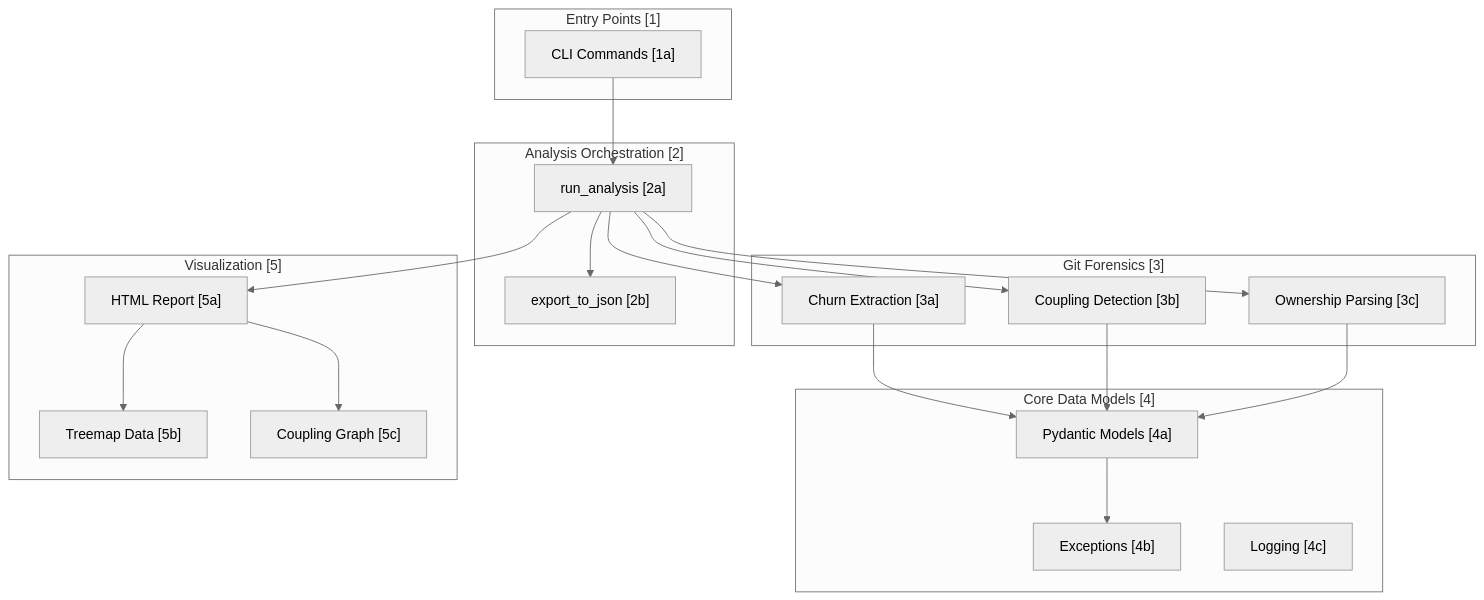
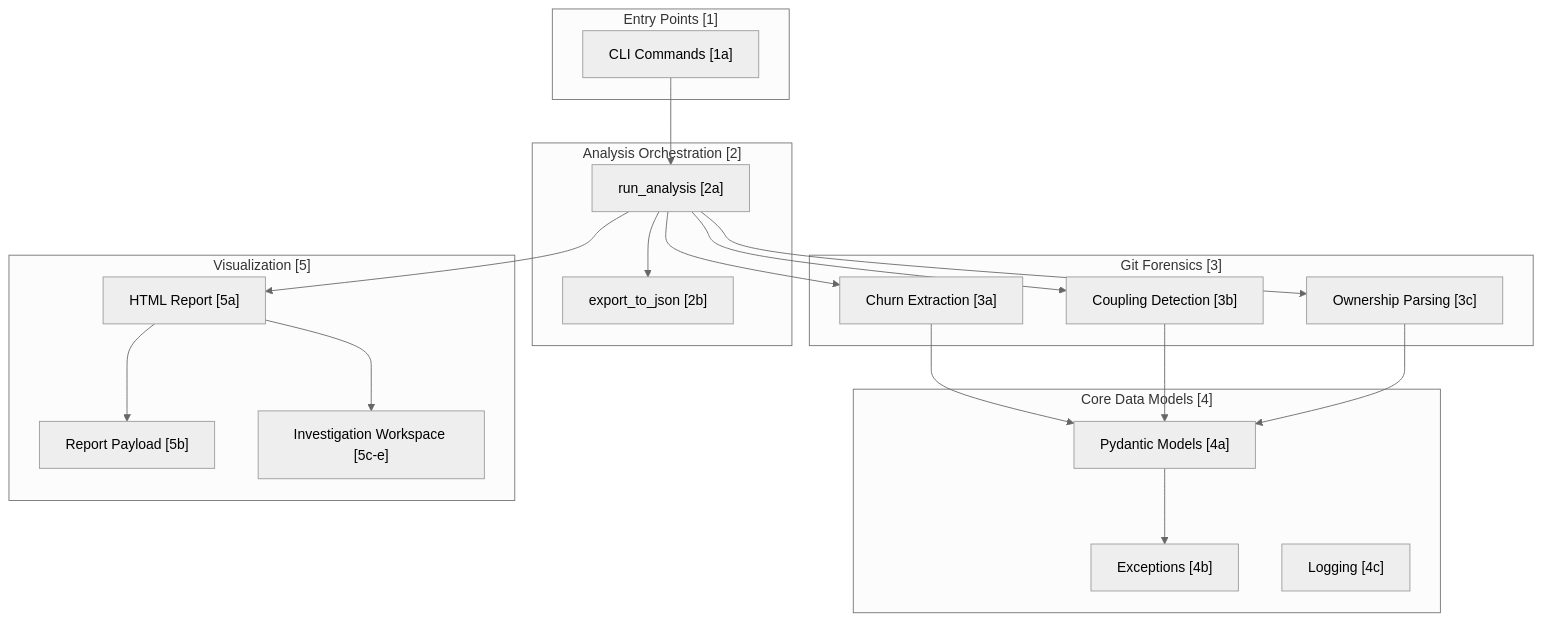
Before and after one commit to michael-denyer/black-box-unlock: the first of 5 diagrams in docs/CODEMAP.md, drawn with Mermaid (neutral theme). The commit also changed other lines of this file and 24 other files, not shown here.

Commit message:
feat: rebuild HTML report as offline investigation workspace

````diff
--- a/docs/CODEMAP.md
+++ b/docs/CODEMAP.md
@@ -7,42 +7,42 @@
 ```mermaid
 flowchart TB
     subgraph Layer1["Entry Points [1]"]
         CLI["CLI Commands [1a]"]
     end
 
     subgraph Layer2["Analysis Orchestration [2]"]
         Analysis["run_analysis [2a]"]
         Export["export_to_json [2b]"]
     end
 
     subgraph Layer3["Git Forensics [3]"]
         Churn["Churn Extraction [3a]"]
         Coupling["Coupling Detection [3b]"]
         Ownership["Ownership Parsing [3c]"]
     end
 
     subgraph Layer4["Core Data Models [4]"]
         Models["Pydantic Models [4a]"]
         Exceptions["Exceptions [4b]"]
         Logging["Logging [4c]"]
     end
 
     subgraph Layer5["Visualization [5]"]
         HTML["HTML Report [5a]"]
-        Treemap["Treemap Data [5b]"]
-        Graph["Coupling Graph [5c]"]
+        Payload["Report Payload [5b]"]
+        Workspace["Investigation Workspace [5c-e]"]
     end
 
     CLI --> Analysis
     Analysis --> Churn
     Analysis --> Coupling
     Analysis --> Ownership
     Churn --> Models
     Coupling --> Models
     Ownership --> Models
     Analysis --> Export
     Analysis --> HTML
-    HTML --> Treemap
-    HTML --> Graph
+    HTML --> Payload
+    HTML --> Workspace
     Models --> Exceptions
 ```
````
